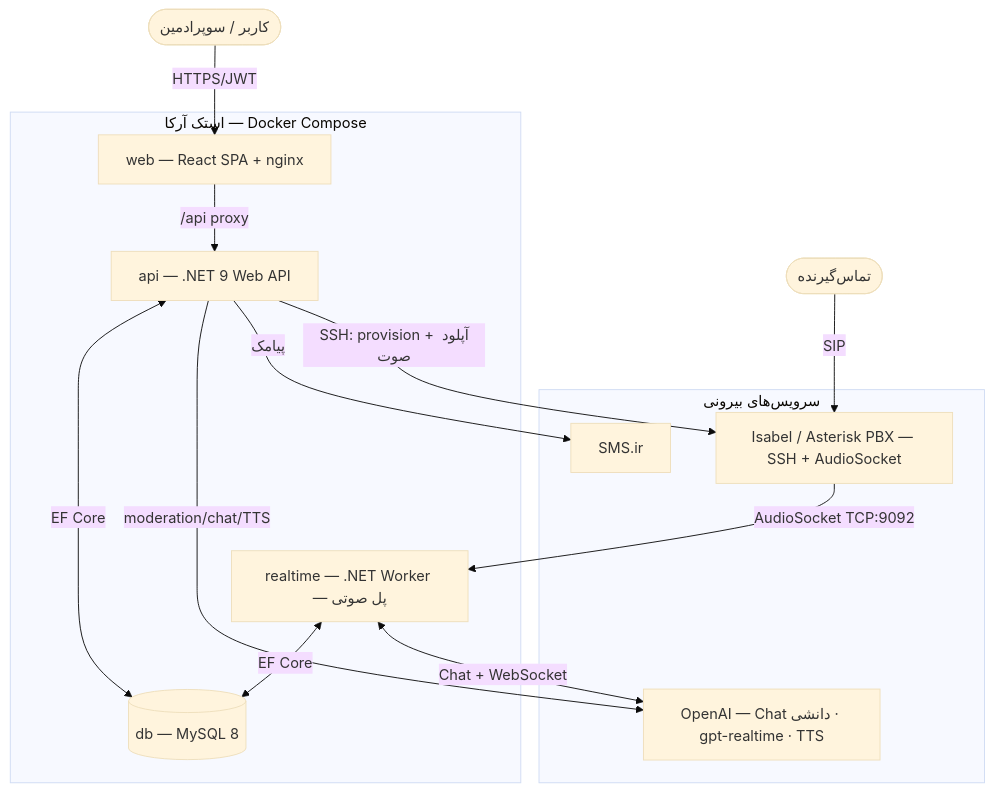
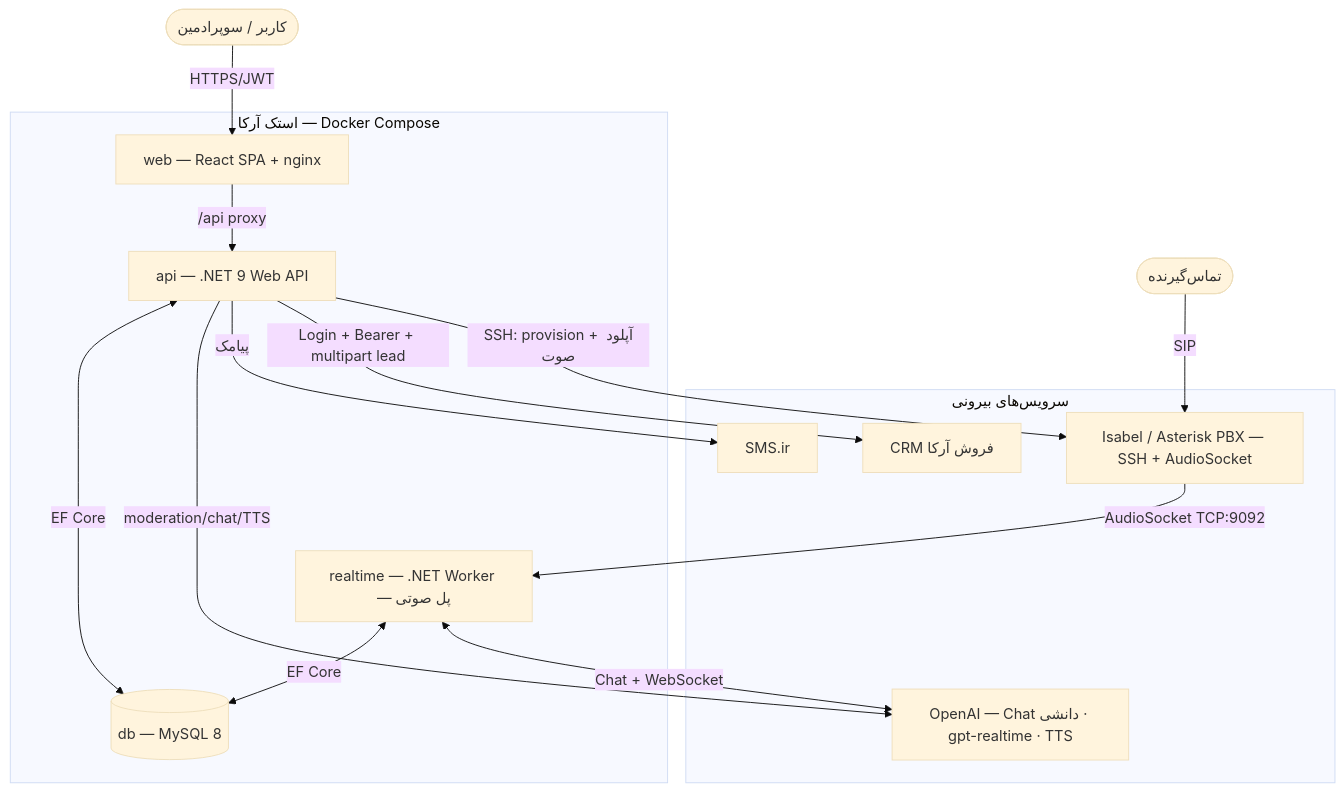
Before and after one commit to mohamadkheiry/ArkaCallCenterDemo: the first of 8 diagrams in docs/ARCHITECTURE.md, drawn with Mermaid (base theme). The commit also changed other lines of this file and 16 other files, not shown here.

Commit message:
fix: migrate CRM lead submission to operational API

````diff
--- a/docs/ARCHITECTURE.md
+++ b/docs/ARCHITECTURE.md
@@ -37,30 +37,32 @@
 ```mermaid
 flowchart TB
     caller([تماس‌گیرنده])
     user([کاربر / سوپرادمین])
 
     subgraph ext ["سرویس‌های بیرونی"]
       openai["OpenAI — Chat دانشی · gpt-realtime · TTS"]
       smsir["SMS.ir"]
+      crm["CRM فروش آرکا"]
       isabel["Isabel / Asterisk PBX — SSH + AudioSocket"]
     end
 
     subgraph stack ["استک آرکا — Docker Compose"]
       web["web — React SPA + nginx"]
       api["api — .NET 9 Web API"]
       realtime["realtime — .NET Worker — پل صوتی"]
       db[("db — MySQL 8")]
     end
 
     user -->|HTTPS/JWT| web
     web -->|/api proxy| api
     api <-->|EF Core| db
     realtime <-->|EF Core| db
     api -->|moderation/chat/TTS| openai
     api -->|پیامک| smsir
+    api -->|Login + Bearer + multipart lead| crm
     api -->|SSH: provision + آپلود صوت| isabel
 
     caller -->|SIP| isabel
     isabel -->|AudioSocket TCP:9092| realtime
     realtime <-->|Chat + WebSocket| openai
 ```
````
